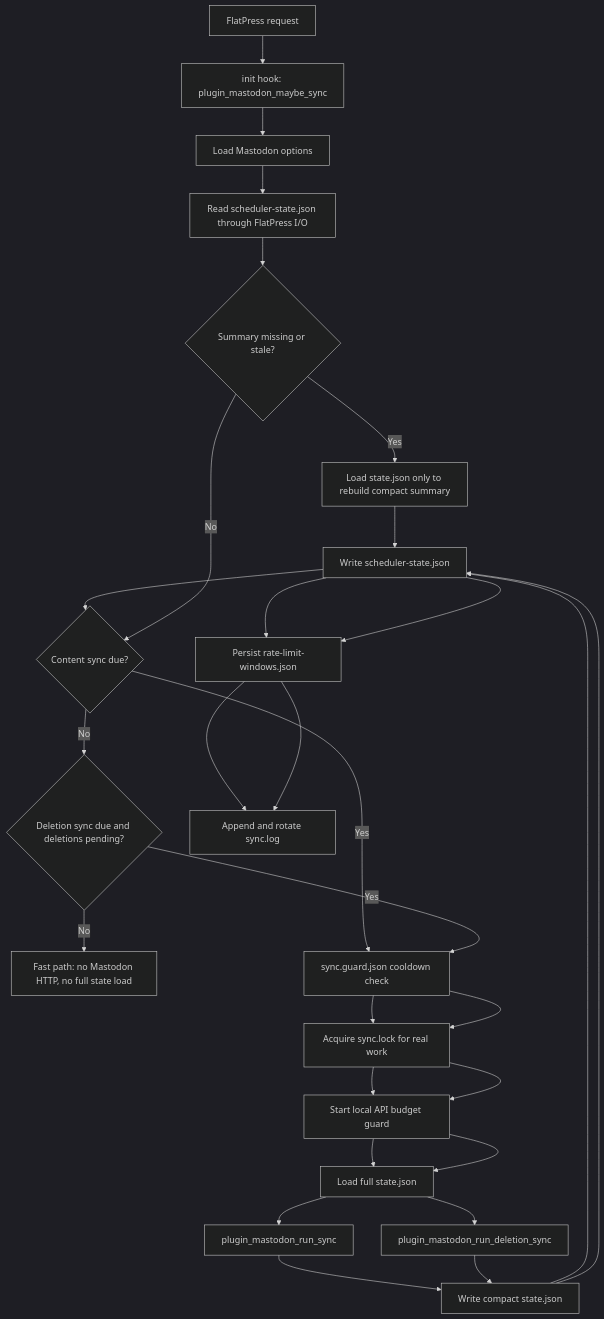
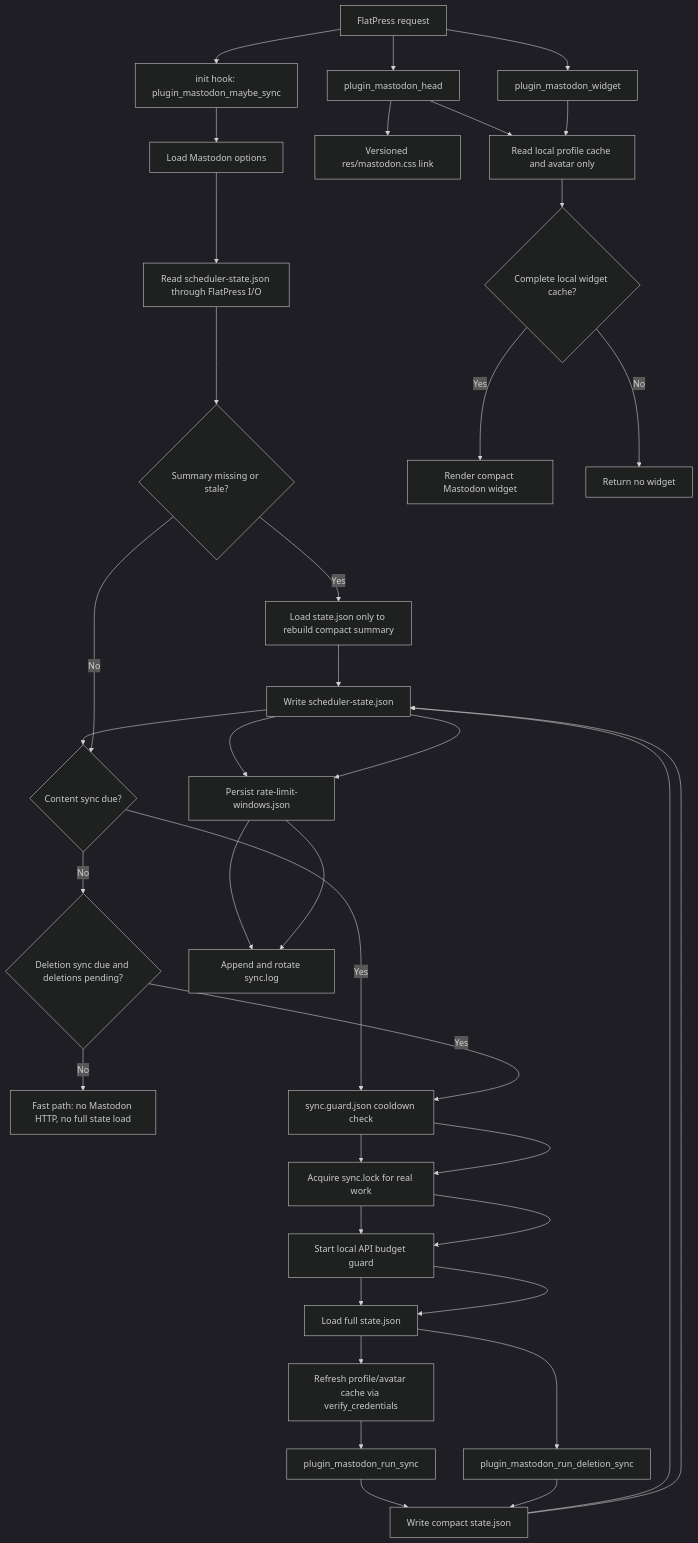
One commit to flatpressblog/flatpress changed the second of 45 diagrams in fp-plugins/mastodon/developer-docs/06-Process-Flow.md. Above: the diagram before and after it, drawn with Mermaid (dark theme). The commit also changed other lines of this file and 27 other files, not shown here.

````diff
--- a/fp-plugins/mastodon/developer-docs/06-Process-Flow.md
+++ b/fp-plugins/mastodon/developer-docs/06-Process-Flow.md
@@ -53,32 +54,45 @@
 ```mermaid
 flowchart TD
     Request["FlatPress request"]
     Init["init hook: plugin_mastodon_maybe_sync"]
     Options["Load Mastodon options"]
     SchedulerRead["Read scheduler-state.json through FlatPress I/O"]
     SchedulerStale{"Summary missing or stale?"}
     FullStateForSummary["Load state.json only to rebuild compact summary"]
     Due{"Content sync due?"}
     DeleteDue{"Deletion sync due and deletions pending?"}
     NoWork["Fast path: no Mastodon HTTP, no full state load"]
+    HeadCss["plugin_mastodon_head"]
+    CssAsset["Versioned res/mastodon.css link"]
+    Widget["plugin_mastodon_widget"]
+    ProfileCache["Read local profile cache and avatar only"]
+    WidgetComplete{"Complete local widget cache?"}
+    RenderWidget["Render compact Mastodon widget"]
+    HideWidget["Return no widget"]
     Lock["Acquire sync.lock for real work"]
     GuardFile["sync.guard.json cooldown check"]
     RateGuard["Start local API budget guard"]
     FullState["Load full state.json"]
     ContentSync["plugin_mastodon_run_sync"]
+    ProfileRefresh["Refresh profile/avatar cache via verify_credentials"]
     DeletionSync["plugin_mastodon_run_deletion_sync"]
     StateWrite["Write compact state.json"]
     SchedulerWrite["Write scheduler-state.json"]
     RateWindow["Persist rate-limit-windows.json"]
     Log["Append and rotate sync.log"]
 
     Request --> Init --> Options --> SchedulerRead --> SchedulerStale
+    Request --> HeadCss --> ProfileCache
+    HeadCss --> CssAsset
+    Request --> Widget --> ProfileCache --> WidgetComplete
+    WidgetComplete -- "Yes" --> RenderWidget
+    WidgetComplete -- "No" --> HideWidget
     SchedulerStale -- "Yes" --> FullStateForSummary --> SchedulerWrite --> Due
     SchedulerStale -- "No" --> Due
     Due -- "No" --> DeleteDue
     DeleteDue -- "No" --> NoWork
-    Due -- "Yes" --> GuardFile --> Lock --> RateGuard --> FullState --> ContentSync
+    Due -- "Yes" --> GuardFile --> Lock --> RateGuard --> FullState --> ProfileRefresh --> ContentSync
     DeleteDue -- "Yes" --> GuardFile --> Lock --> RateGuard --> FullState --> DeletionSync
     ContentSync --> StateWrite --> SchedulerWrite --> RateWindow --> Log
     DeletionSync --> StateWrite --> SchedulerWrite --> RateWindow --> Log
 ```
````
